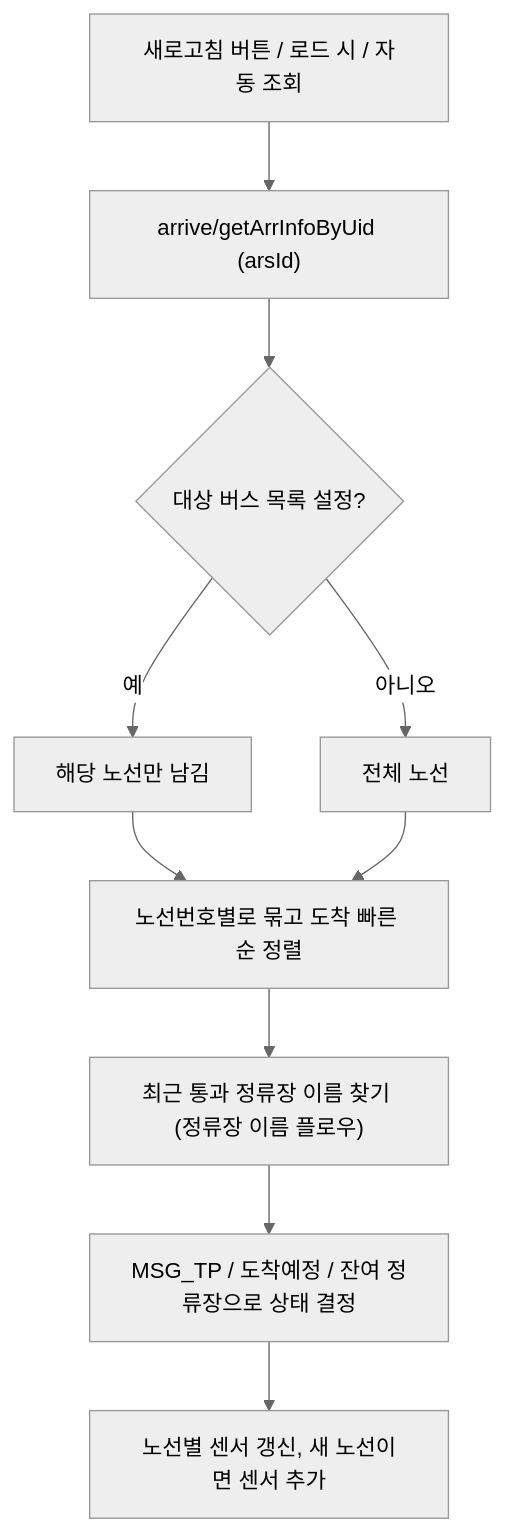
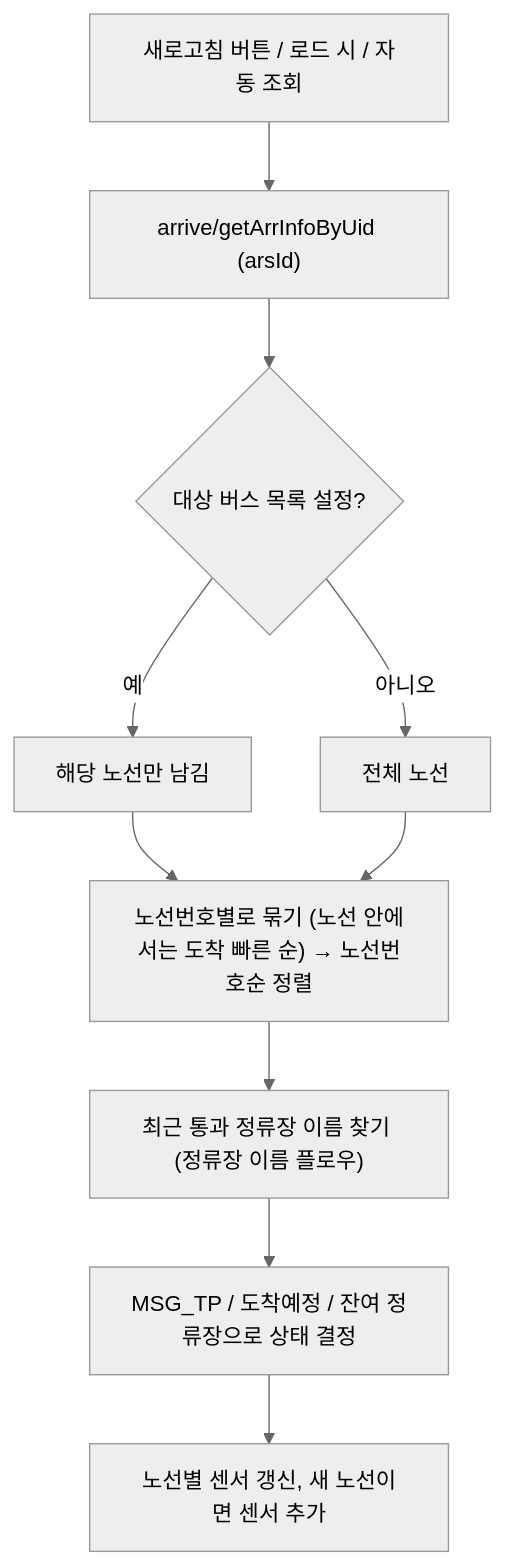
The first of 5 diagrams in README.md (phoenix9469/DaejeonBus_HA), drawn with Mermaid (neutral theme) before and after one commit. The commit also changed other lines of this file and 4 other files, not shown here.

````diff
--- a/README.md
+++ b/README.md
@@ -66,12 +66,12 @@
 ```mermaid
 flowchart TD
     A["새로고침 버튼 / 로드 시 / 자동 조회"] --> B["arrive/getArrInfoByUid (arsId)"]
     B --> C{"대상 버스 목록 설정?"}
     C -- 예 --> D["해당 노선만 남김"]
     C -- 아니오 --> E["전체 노선"]
-    D --> F["노선번호별로 묶고 도착 빠른 순 정렬"]
+    D --> F["노선번호별로 묶기 (노선 안에서는 도착 빠른 순) → 노선번호순 정렬"]
     E --> F
     F --> G["최근 통과 정류장 이름 찾기 (정류장 이름 플로우)"]
     G --> H["MSG_TP / 도착예정 / 잔여 정류장으로 상태 결정"]
     H --> I["노선별 센서 갱신, 새 노선이면 센서 추가"]
 ```
````
